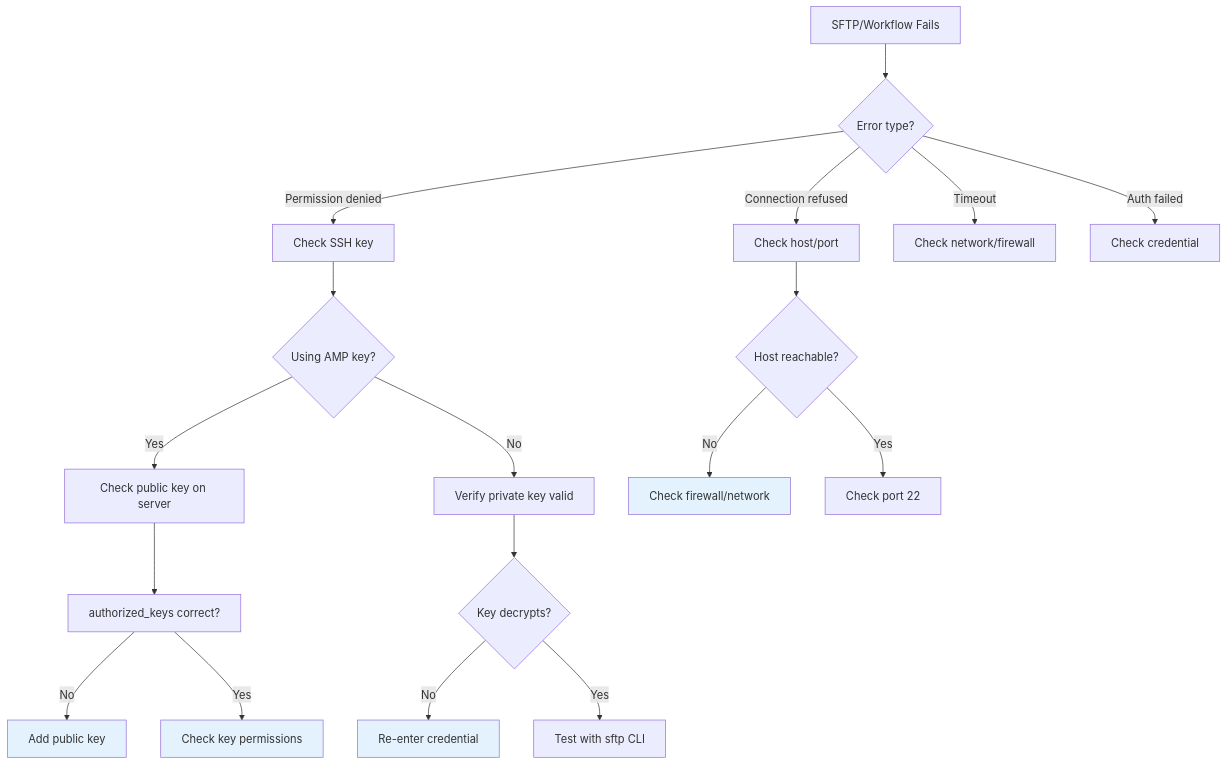
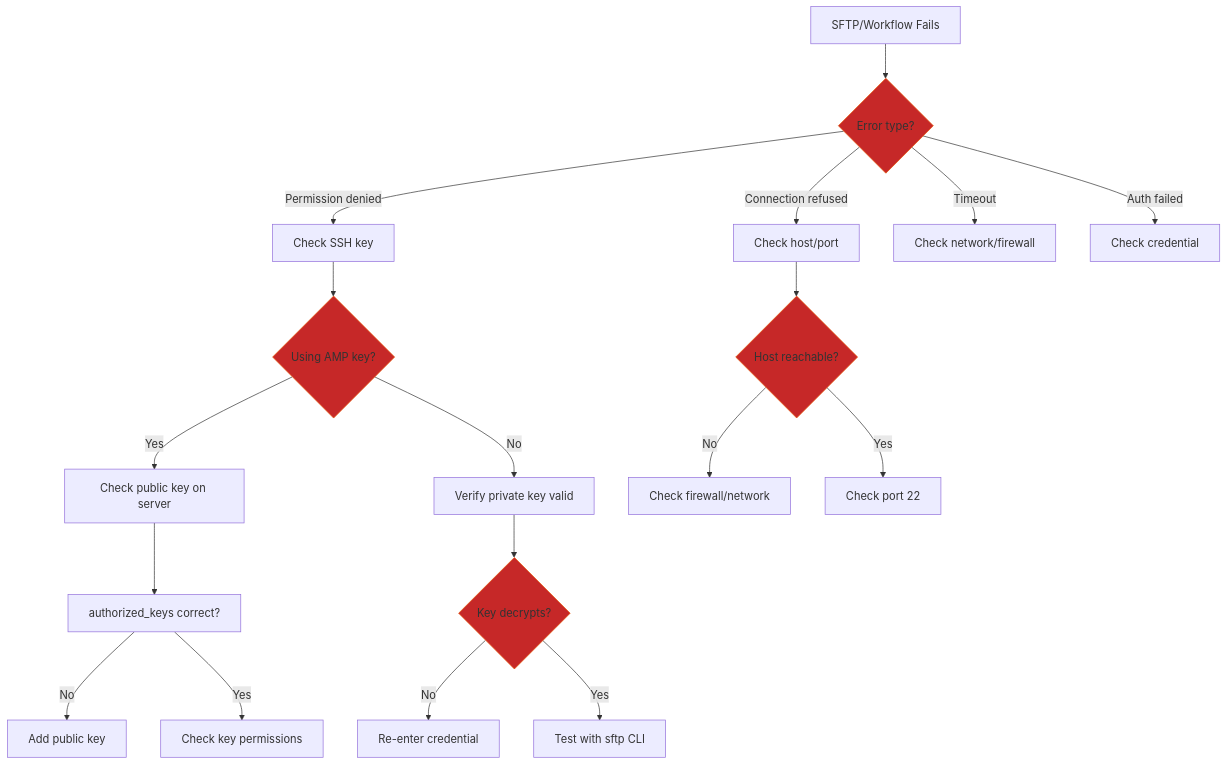
One commit to Amp-Manager/docs changed the sixth of 6 diagrams in troubleshooting.md. Above: the diagram before and after it, drawn with Mermaid. The commit also changed other lines of this file and 7 other files, not shown here.

````diff
--- a/troubleshooting.md
+++ b/troubleshooting.md
@@ -159,30 +178,30 @@
 ```mermaid
 flowchart TD
     A[SFTP/Workflow Fails] --> B{Error type?}
     
     B -->|Permission denied| C[Check SSH key]
     B -->|Connection refused| D[Check host/port]
     B -->|Timeout| E[Check network/firewall]
     B -->|Auth failed| F[Check credential]
     
     C --> G{Using AMP key?}
     G -->|Yes| H[Check public key on server]
     G -->|No| I[Verify private key valid]
     
     H --> J[authorized_keys correct?]
     J -->|No| K[Add public key]
     J -->|Yes| L[Check key permissions]
     
     I --> M{Key decrypts?}
     M -->|No| N[Re-enter credential]
     M -->|Yes| O[Test with sftp CLI]
     
     D --> P{Host reachable?}
     P -->|No| Q[Check firewall/network]
     P -->|Yes| R[Check port 22]
     
-    style K fill:#e3f2fd
-    style L fill:#e3f2fd
-    style N fill:#e3f2fd
-    style Q fill:#e3f2fd
+    style B fill:#c62828,stroke:#e65100
+    style G fill:#c62828,stroke:#e65100
+    style M fill:#c62828,stroke:#e65100
+    style P fill:#c62828,stroke:#e65100
 ```
````
